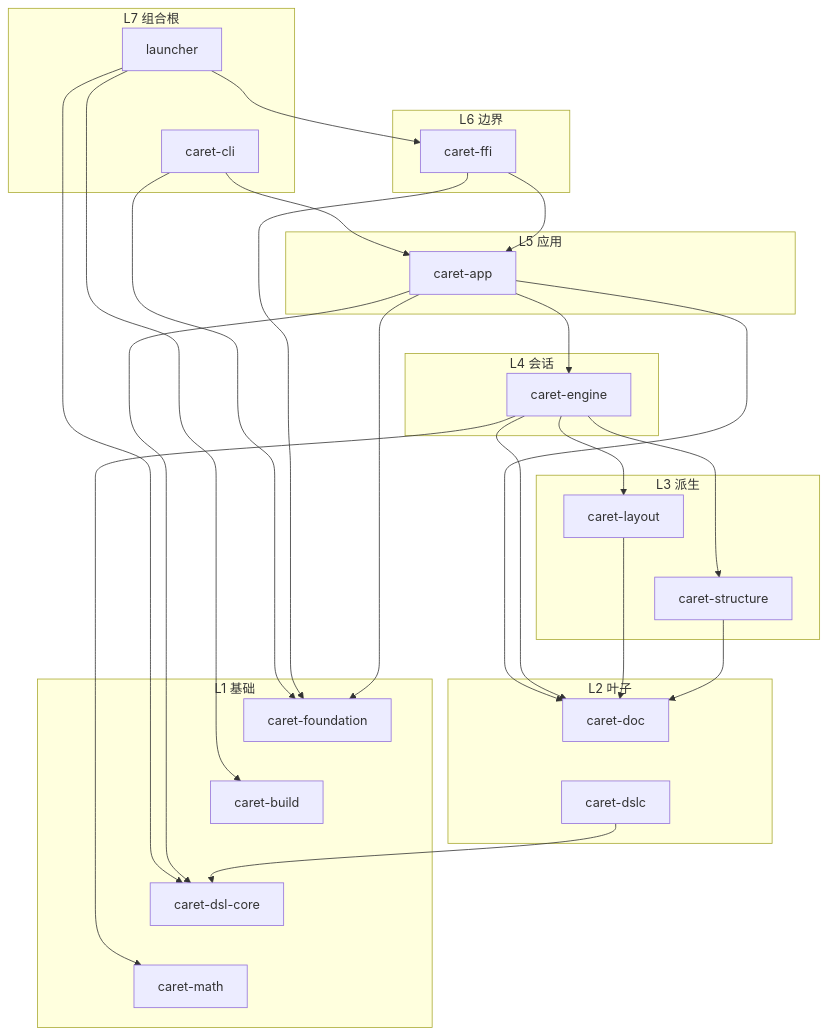
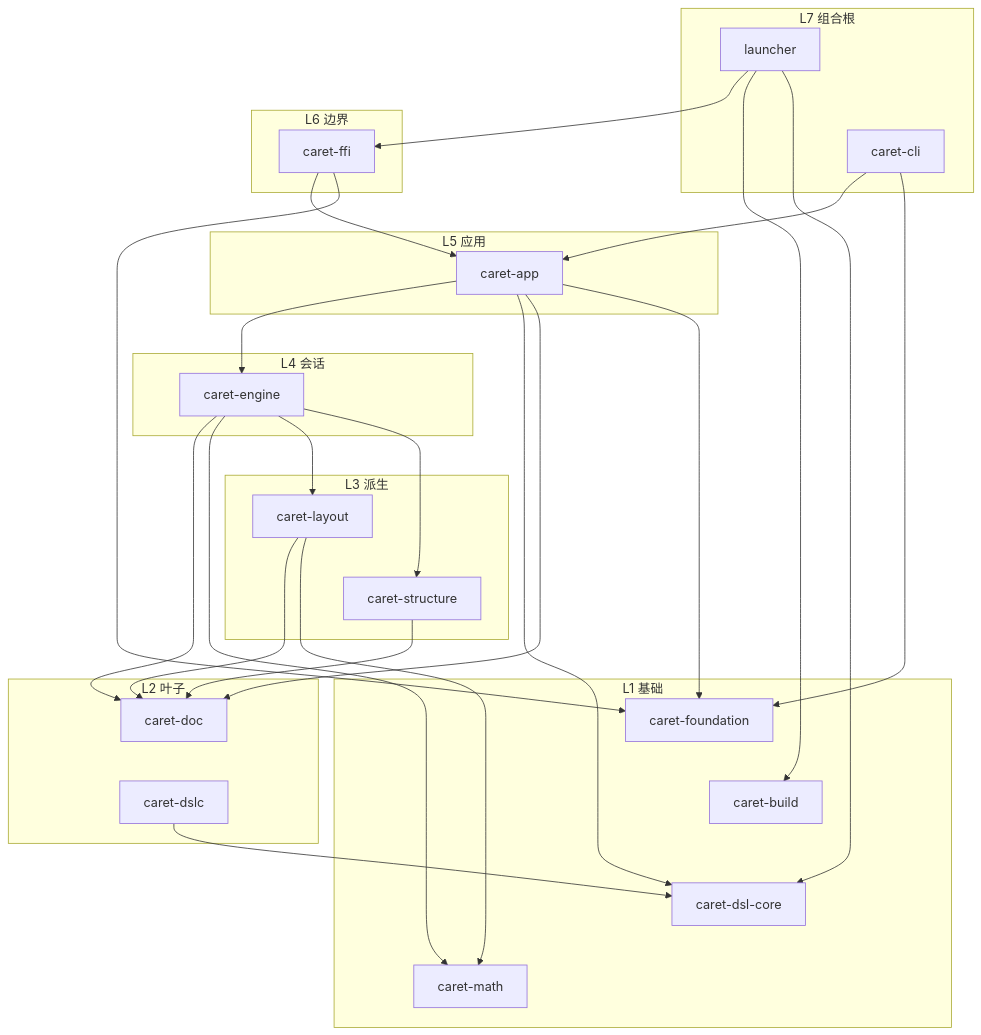
One commit to VibeSTEM/caret changed the first of 2 diagrams in ai-docs/standards/layering/dependency-graphs.md. Above: the diagram before and after it, drawn with Mermaid. The commit also changed 24 other files, not shown here.

First line of the commit message:
refactor(math): harden layout adapter boundaries

````diff
--- a/ai-docs/standards/layering/dependency-graphs.md
+++ b/ai-docs/standards/layering/dependency-graphs.md
@@ -5,55 +5,56 @@
 ```mermaid
 flowchart TB
   subgraph L7["L7 组合根"]
     launcher["launcher"]
     cli["caret-cli"]
   end
   subgraph L6["L6 边界"]
     ffi["caret-ffi"]
   end
   subgraph L5["L5 应用"]
     app["caret-app"]
   end
   subgraph L4["L4 会话"]
     engine["caret-engine"]
   end
   subgraph L3["L3 派生"]
     layout["caret-layout"]
     structure["caret-structure"]
   end
   subgraph L2["L2 叶子"]
     doc["caret-doc"]
     dslc["caret-dslc"]
   end
   subgraph L1["L1 基础"]
     foundation["caret-foundation"]
     build["caret-build"]
     dslcore["caret-dsl-core"]
     math["caret-math"]
   end
 
   launcher --> ffi
   launcher --> build
   launcher --> dslcore
   cli --> app
   cli --> foundation
   launcher ~~~ cli
   ffi --> app
   ffi --> foundation
   app --> engine
   app --> dslcore
   app --> doc
   app --> foundation
   engine --> doc
   engine --> math
   engine --> layout
   engine --> structure
   layout --> doc
+  layout --> math
   structure --> doc
   dslc --> dslcore
   layout ~~~ structure
   doc ~~~ dslc
   foundation ~~~ build
   build ~~~ dslcore
   dslcore ~~~ math
 ```
````
